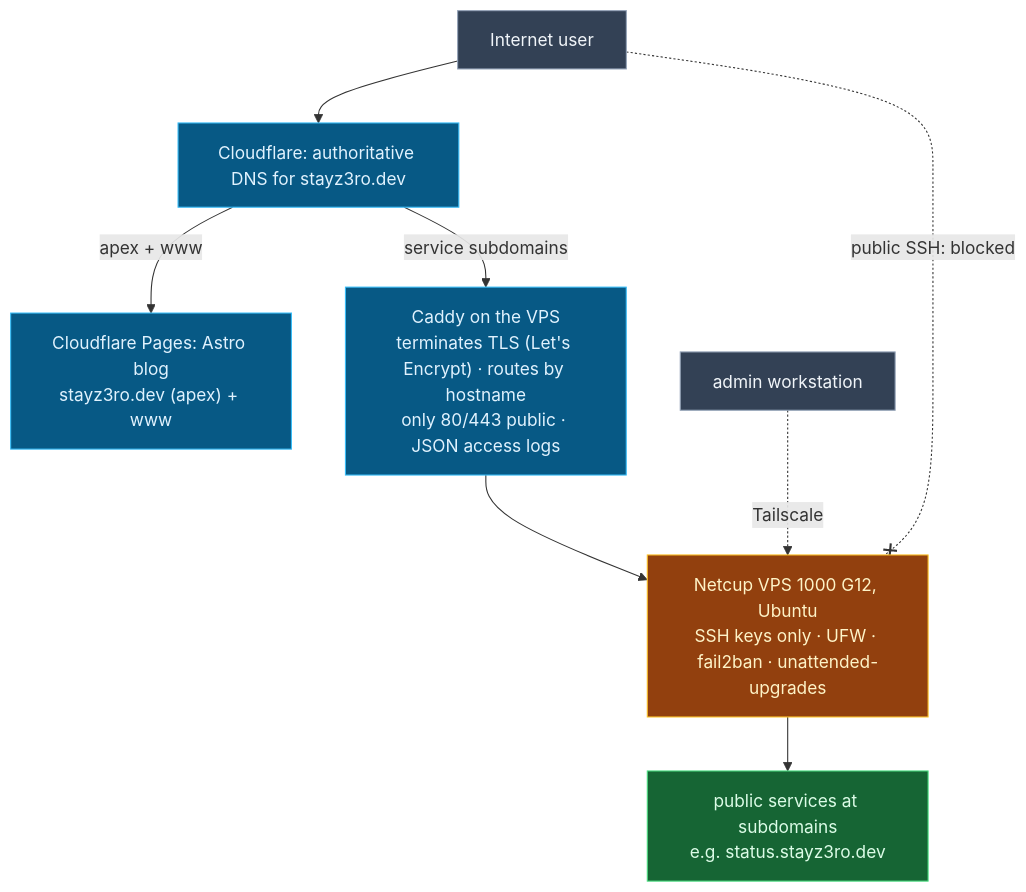
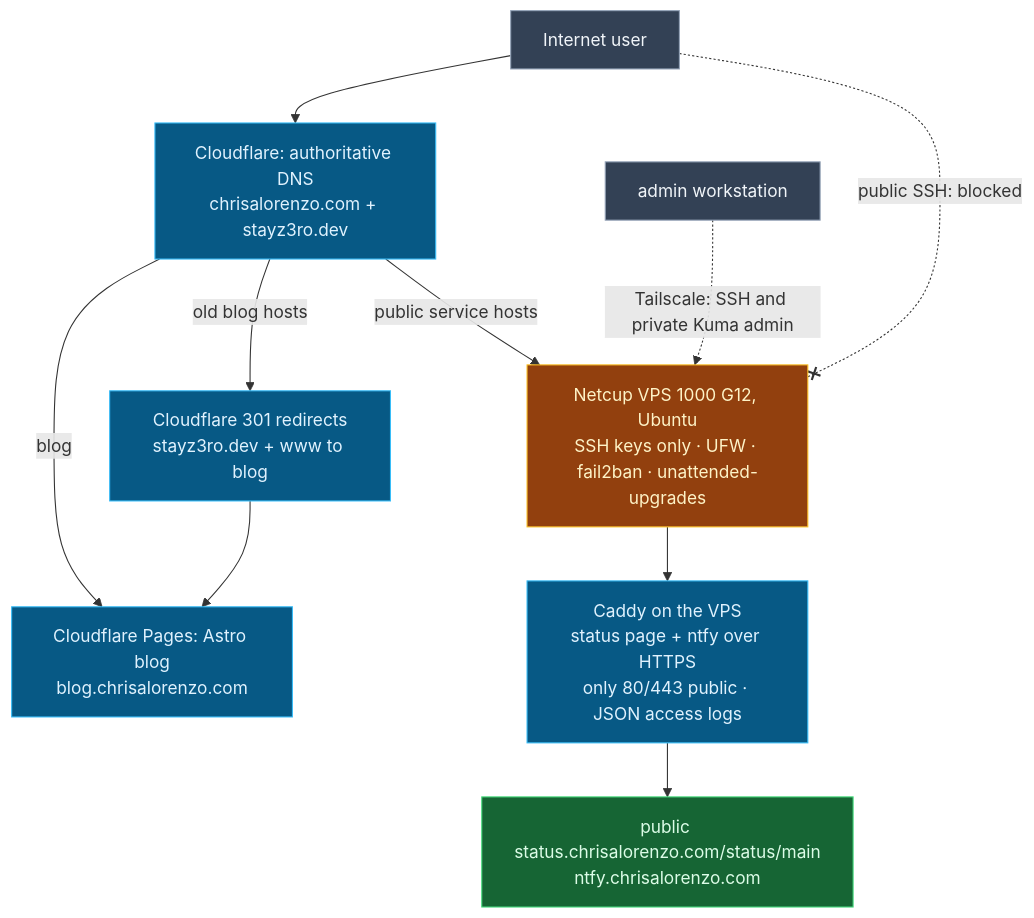
Before and after one commit to stayZ3RO/vps-cloud-infra-lab: the diagram in diagrams/architecture.md, drawn with Mermaid. The commit also changed other lines of this file and 10 other files, not shown here.

Commit message:
Correct VPS runbook and current status documentation

````diff
--- a/diagrams/architecture.md
+++ b/diagrams/architecture.md
@@ -8,26 +8,29 @@
 ```mermaid
 flowchart TD
     USER["Internet user"]
-    CF["Cloudflare: authoritative DNS for stayz3ro.dev"]
-    PAGES["Cloudflare Pages: Astro blog<br/>stayz3ro.dev (apex) + www"]
-    CADDY["Caddy on the VPS<br/>terminates TLS (Let's Encrypt) · routes by hostname<br/>only 80/443 public · JSON access logs"]
+    CF["Cloudflare: authoritative DNS<br/>chrisalorenzo.com + stayz3ro.dev"]
+    PAGES["Cloudflare Pages: Astro blog<br/>blog.chrisalorenzo.com"]
+    REDIRECT["Cloudflare 301 redirects<br/>stayz3ro.dev + www to blog"]
+    CADDY["Caddy on the VPS<br/>status page + ntfy over HTTPS<br/>only 80/443 public · JSON access logs"]
     VPS["Netcup VPS 1000 G12, Ubuntu<br/>SSH keys only · UFW · fail2ban · unattended-upgrades"]
-    SVCS["public services at subdomains<br/>e.g. status.stayz3ro.dev"]
+    SVCS["public status.chrisalorenzo.com/status/main<br/>ntfy.chrisalorenzo.com"]
     ADMIN["admin workstation"]
 
     USER --> CF
-    CF -->|apex + www| PAGES
-    CF -->|"service subdomains"| CADDY
-    CADDY --> VPS --> SVCS
-    ADMIN -.->|Tailscale| VPS
+    CF -->|blog| PAGES
+    CF -->|old blog hosts| REDIRECT
+    REDIRECT --> PAGES
+    CF -->|public service hosts| VPS
+    VPS --> CADDY --> SVCS
+    ADMIN -.->|Tailscale: SSH and private Kuma admin| VPS
     USER -. "public SSH: blocked" .-x VPS
 
     classDef ext fill:#334155,stroke:#94a3b8,color:#f1f5f9
     classDef edge fill:#075985,stroke:#38bdf8,color:#e0f2fe
     classDef host fill:#92400e,stroke:#fbbf24,color:#fef3c7
     classDef svc fill:#166534,stroke:#4ade80,color:#dcfce7
     class USER,ADMIN ext
-    class CF,PAGES,CADDY edge
+    class CF,PAGES,REDIRECT,CADDY edge
     class VPS host
     class SVCS svc
 ```
````
